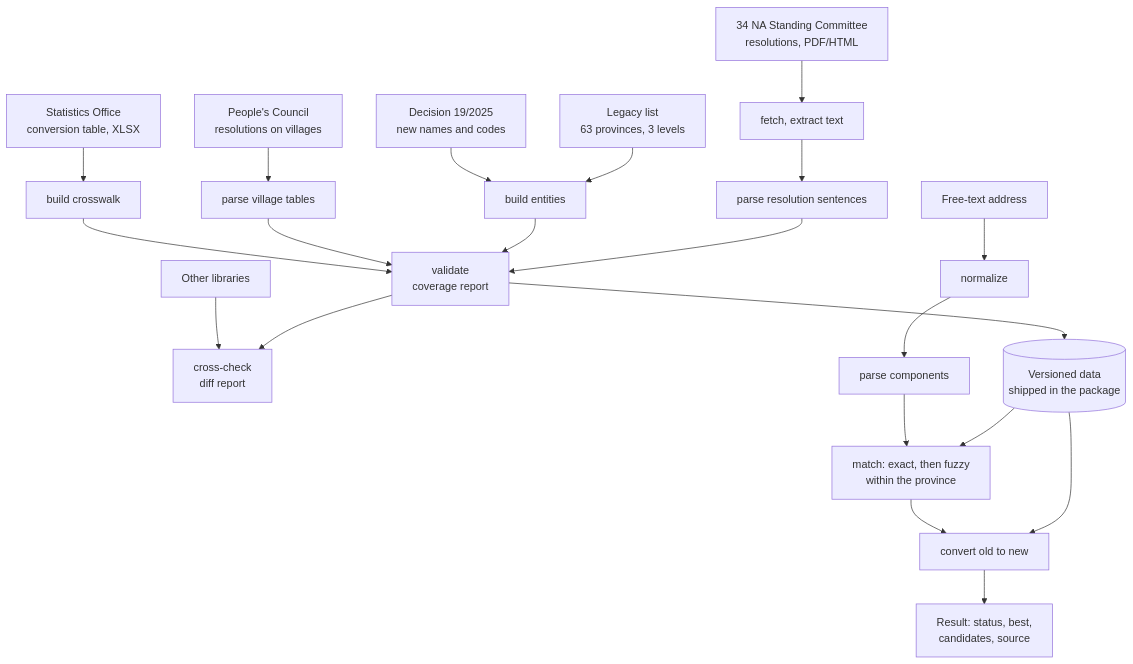
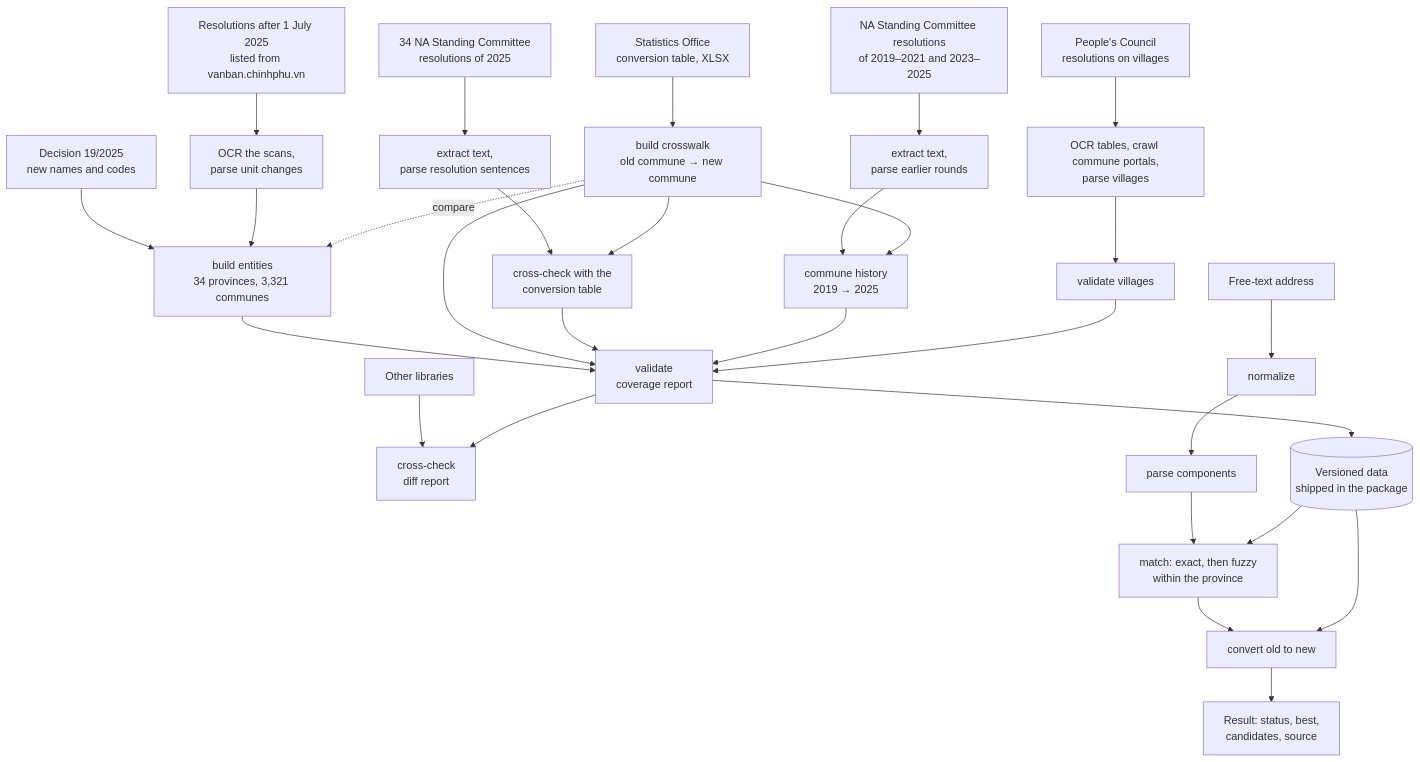
One commit to nghiax32/VnAddr changed the first of 2 diagrams in README.md. Above: the diagram before and after it, drawn with Mermaid. The commit also changed other lines of this file and 1 other file, not shown here.

Commit message:
Update READMEs for the 2025 unit list and later changes

````diff
--- a/README.md
+++ b/README.md
@@ -41,23 +41,31 @@
 ```mermaid
 flowchart TD
-    A[Decision 19/2025<br/>new names and codes] --> D[build entities]
-    B[34 NA Standing Committee<br/>resolutions, PDF/HTML] --> C[fetch, extract text]
-    C --> E[parse resolution sentences]
-    S[Statistics Office<br/>conversion table, XLSX] --> W[build crosswalk]
+    A[Decision 19/2025<br/>new names and codes] --> D[build entities<br/>34 provinces, 3,321 communes]
+    U[Resolutions after 1 July 2025<br/>listed from vanban.chinhphu.vn] --> UC[OCR the scans,<br/>parse unit changes]
+    UC --> D
+    S[Statistics Office<br/>conversion table, XLSX] --> W[build crosswalk<br/>old commune → new commune]
+    W -.->|compare| D
+    B[34 NA Standing Committee<br/>resolutions of 2025] --> E[extract text,<br/>parse resolution sentences]
+    E --> CC[cross-check with the<br/>conversion table]
+    W --> CC
+    Q[NA Standing Committee resolutions<br/>of 2019–2021 and 2023–2025] --> E2[extract text,<br/>parse earlier rounds]
+    E2 --> CH[commune history<br/>2019 → 2025]
+    W --> CH
+    H[People's Council<br/>resolutions on villages] --> HV[OCR tables, crawl commune portals,<br/>parse villages]
+    HV --> VV[validate villages]
+    D --> V[validate<br/>coverage report]
     W --> V
-    H[People's Council<br/>resolutions on villages] --> HV[parse village tables]
-    HV --> V
-    L[Legacy list<br/>63 provinces, 3 levels] --> D
-    D --> V[validate<br/>coverage report]
-    E --> V
+    CC --> V
+    CH --> V
+    VV --> V
     X[Other libraries] --> K[cross-check<br/>diff report]
     V --> K
     V --> P[(Versioned data<br/>shipped in the package)]
     I[Free-text address] --> N[normalize]
     N --> R[parse components]
     R --> M[match: exact, then fuzzy<br/>within the province]
     M --> T[convert old to new]
     P --> M
     P --> T
     T --> O[Result: status, best,<br/>candidates, source]
 ```
````
